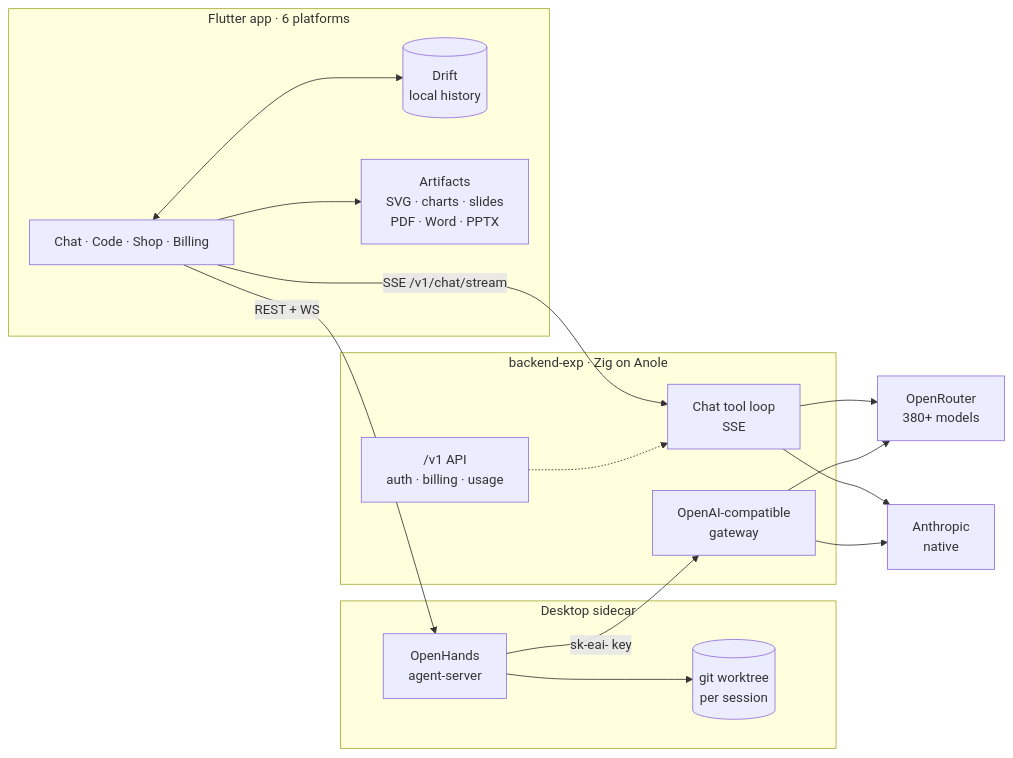
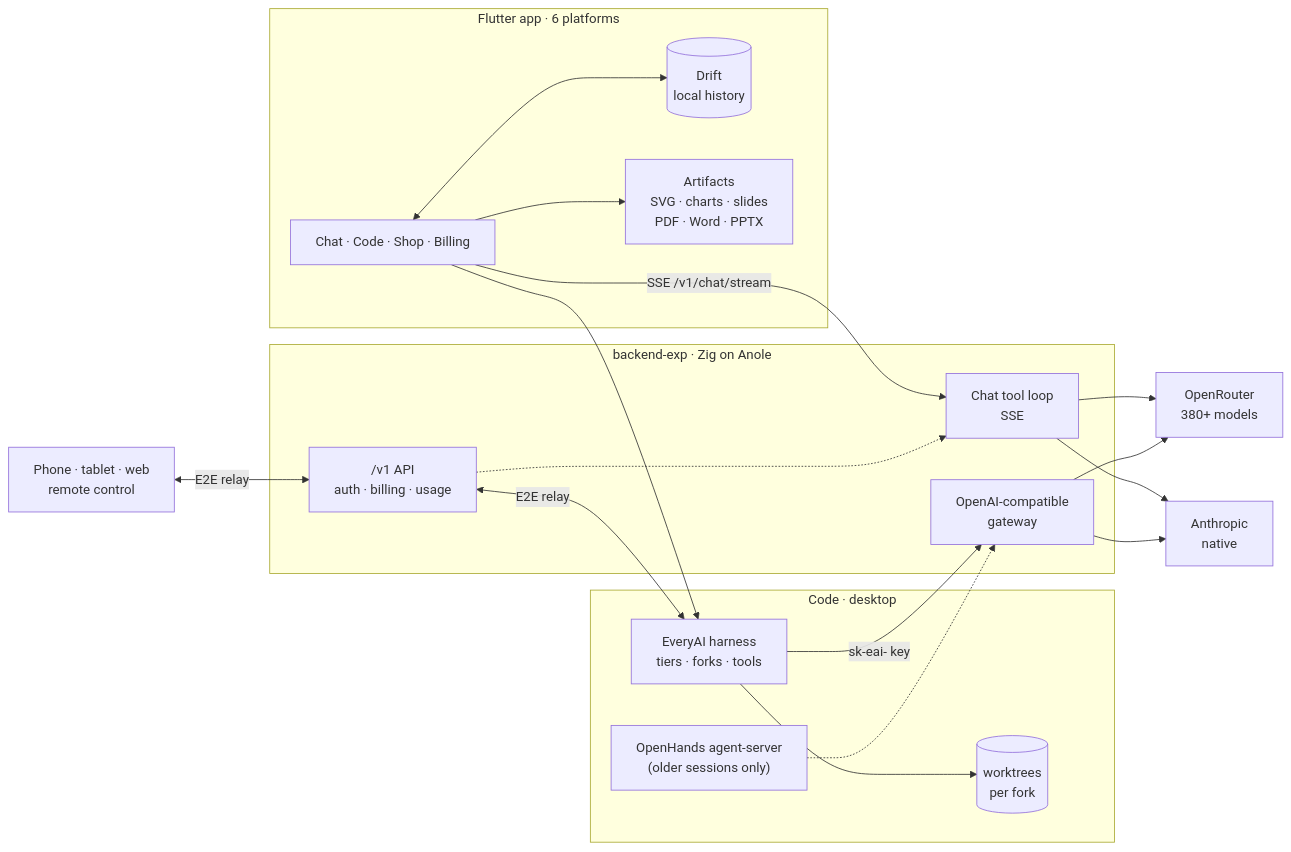
Before and after one commit to xuckless/everyai-mono: the diagram in README.md, drawn with Mermaid. The commit also changed other lines of this file and 7 other files, not shown here.

First line of the commit message:
README: the EveryAI harness, chat modes, BYOK, remote control, a benchmark and a changelog

````diff
--- a/README.md
+++ b/README.md
@@ -146,31 +168,36 @@
 ```mermaid
 flowchart LR
     subgraph App["Flutter app · 6 platforms"]
         UI["Chat · Code · Shop · Billing"]
         DB[("Drift<br/>local history")]
         Art["Artifacts<br/>SVG · charts · slides<br/>PDF · Word · PPTX"]
     end
-    subgraph Sidecar["Desktop sidecar"]
-        OH["OpenHands<br/>agent-server"]
-        WT[("git worktree<br/>per session")]
+    subgraph Code["Code · desktop"]
+        EH["EveryAI harness<br/>tiers · forks · tools"]
+        WT[("worktrees<br/>per fork")]
+        OH["OpenHands agent-server<br/>(older sessions only)"]
     end
+    Dev["Phone · tablet · web<br/>remote control"]
     subgraph Backend["backend-exp · Zig on Anole"]
         API["/v1 API<br/>auth · billing · usage"]
         Loop["Chat tool loop<br/>SSE"]
         GW["OpenAI-compatible<br/>gateway"]
     end
     OR["OpenRouter<br/>380+ models"]
     AN["Anthropic<br/>native"]
 
     UI <--> DB
     UI --> Art
     UI -- "SSE /v1/chat/stream" --> Loop
-    UI -- "REST + WS" --> OH
-    OH --> WT
-    OH -- "sk-eai- key" --> GW
+    UI --> EH
+    EH --> WT
+    EH -- "sk-eai- key" --> GW
+    OH -.-> GW
+    Dev <-- "E2E relay" --> API
+    API <-- "E2E relay" --> EH
     Loop --> OR
     Loop --> AN
     GW --> OR
     GW --> AN
     API -.-> Loop
 ```
````
